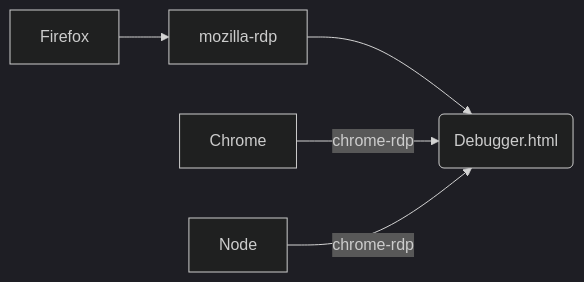
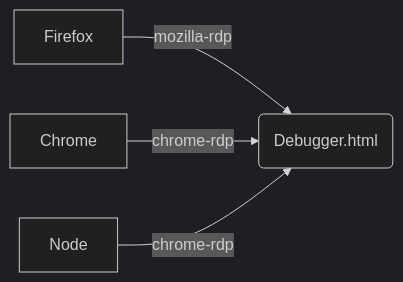
Before and after one commit to gasolin/blog: the fourth of 5 diagrams in source/_posts/current-progress-of-netmonitor-html.md, drawn with Mermaid (dark theme). The commit also changed other lines of this file, not shown here.

Commit message:
fix diagrams

```diff
--- a/source/_posts/current-progress-of-netmonitor-html.md
+++ b/source/_posts/current-progress-of-netmonitor-html.md
@@ -79,6 +83,6 @@
 {% mermaid %}
 graph LR
-Firefox --> mozilla-rdp --> debugger(Debugger.html)
+Firefox -- mozilla-rdp --> debugger(Debugger.html)
 Chrome -- chrome-rdp --> debugger
 Node -- chrome-rdp --> debugger
 {% endmermaid %}
```
